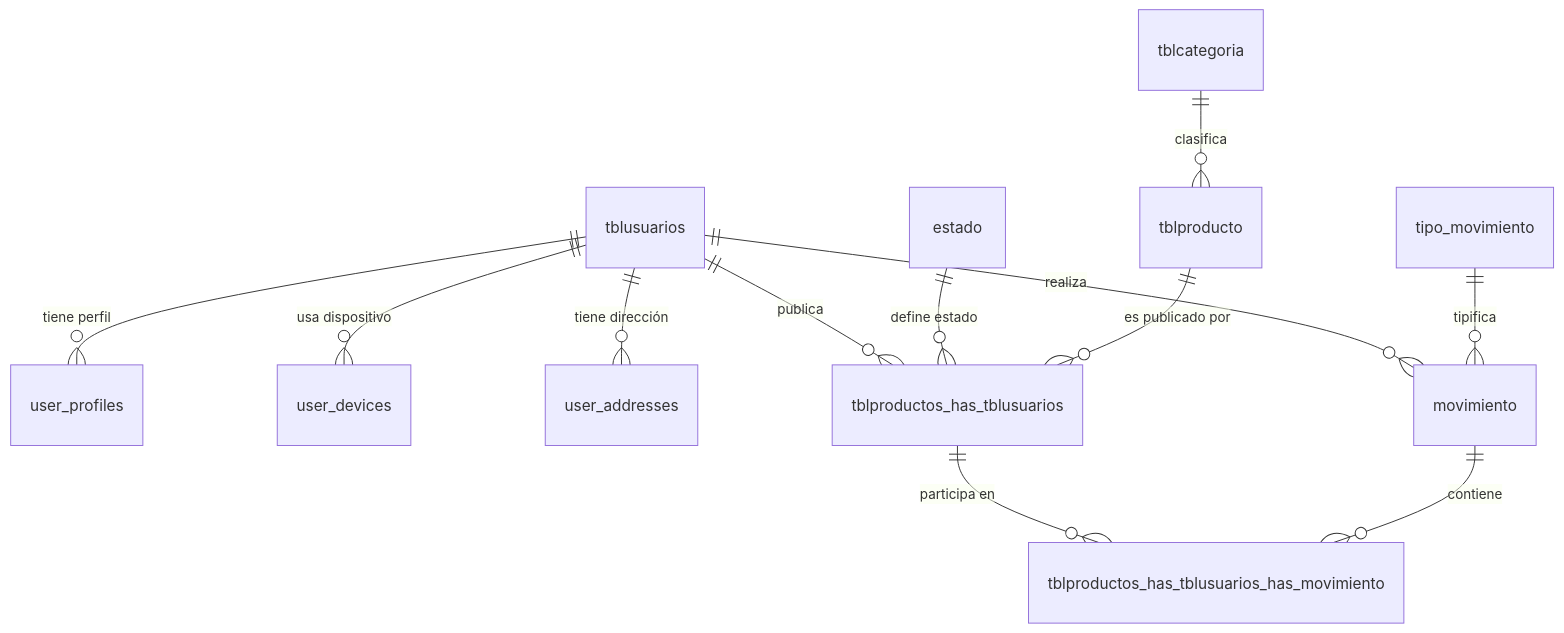
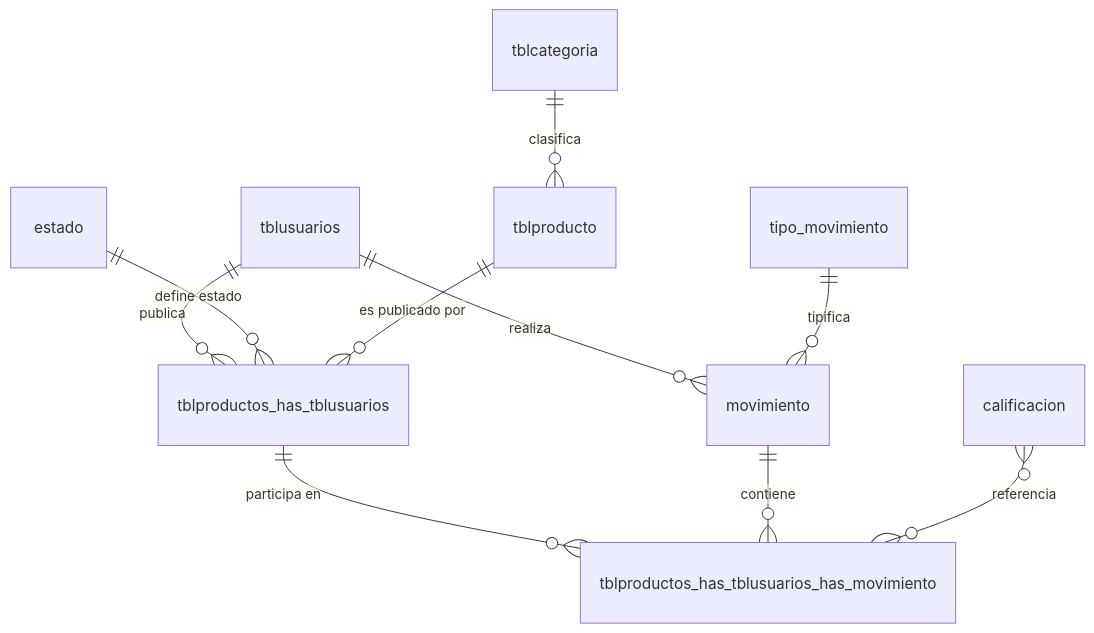
One commit to danieldavid-23/agrosft changed the diagram in docs/DATABASE.md. Above: the diagram before and after it, drawn with Mermaid. The commit also changed other lines of this file and 21 other files, not shown here.

````diff
--- a/docs/DATABASE.md
+++ b/docs/DATABASE.md
@@ -10,18 +10,17 @@
 ```mermaid
 erDiagram
-    tblusuarios ||--o{ user_profiles : "tiene perfil"
-    tblusuarios ||--o{ user_devices : "usa dispositivo"
-    tblusuarios ||--o{ user_addresses : "tiene dirección"
     tblusuarios ||--o{ tblproductos_has_tblusuarios : "publica"
     tblusuarios ||--o{ movimiento : "realiza"
 
     tblcategoria ||--o{ tblproducto : "clasifica"
     estado ||--o{ tblproductos_has_tblusuarios : "define estado"
 
     tblproducto ||--o{ tblproductos_has_tblusuarios : "es publicado por"
 
     tblproductos_has_tblusuarios ||--o{ tblproductos_has_tblusuarios_has_movimiento : "participa en"
     movimiento ||--o{ tblproductos_has_tblusuarios_has_movimiento : "contiene"
 
     tipo_movimiento ||--o{ movimiento : "tipifica"
+
+    calificacion }o--o{ tblproductos_has_tblusuarios_has_movimiento : "referencia"
 ```
````
